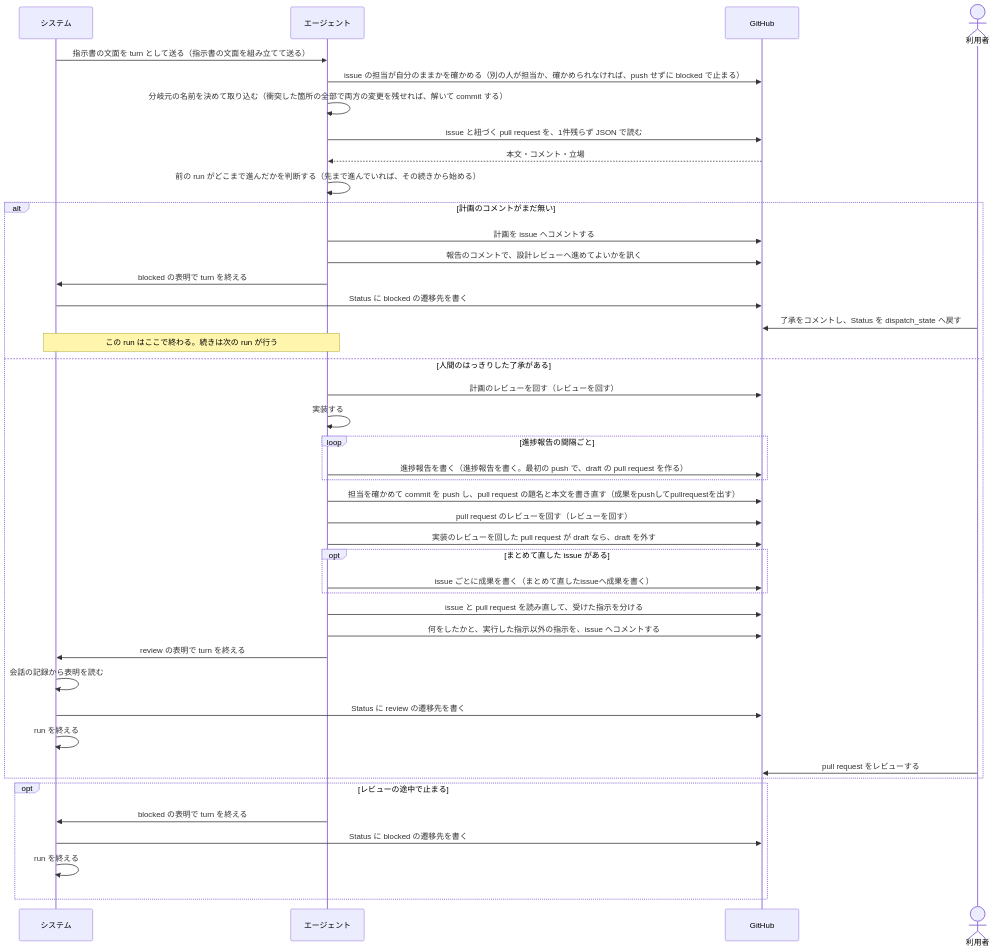
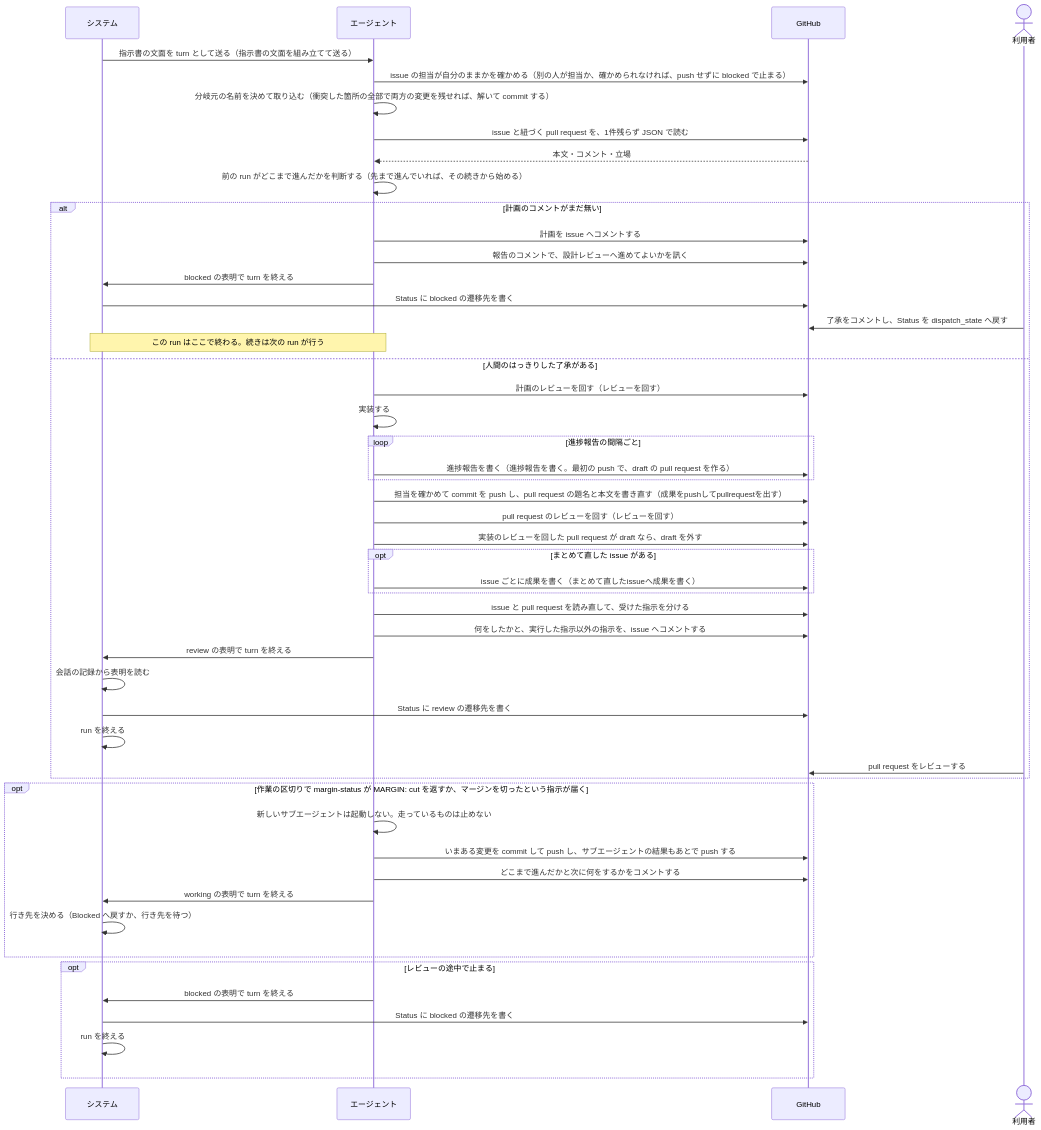
One commit to maimuzo/continuo changed the first of 2 diagrams in docs/spec/usecases/particular_case/指示書に沿ってissueを1件仕上げる.rucm.md. Above: the diagram before and after it, drawn with Mermaid. The commit also changed other lines of this file and 91 other files, not shown here.

````diff
--- a/docs/spec/usecases/particular_case/指示書に沿ってissueを1件仕上げる.rucm.md
+++ b/docs/spec/usecases/particular_case/指示書に沿ってissueを1件仕上げる.rucm.md
@@ -314,46 +327,53 @@
 ```mermaid
 sequenceDiagram
     participant S as システム
     participant CC as エージェント
     participant GH as GitHub
     actor U as 利用者
 
     S->>CC: 指示書の文面を turn として送る（指示書の文面を組み立てて送る）
     CC->>GH: issue の担当が自分のままかを確かめる（別の人が担当か、確かめられなければ、push せずに blocked で止まる）
     CC->>CC: 分岐元の名前を決めて取り込む（衝突した箇所の全部で両方の変更を残せれば、解いて commit する）
     CC->>GH: issue と紐づく pull request を、1件残らず JSON で読む
     GH-->>CC: 本文・コメント・立場
     CC->>CC: 前の run がどこまで進んだかを判断する（先まで進んでいれば、その続きから始める）
     alt 計画のコメントがまだ無い
         CC->>GH: 計画を issue へコメントする
         CC->>GH: 報告のコメントで、設計レビューへ進めてよいかを訊く
         CC->>S: blocked の表明で turn を終える
         S->>GH: Status に blocked の遷移先を書く
         U->>GH: 了承をコメントし、Status を dispatch_state へ戻す
         Note over S,CC: この run はここで終わる。続きは次の run が行う
     else 人間のはっきりした了承がある
         CC->>GH: 計画のレビューを回す（レビューを回す）
         CC->>CC: 実装する
         loop 進捗報告の間隔ごと
             CC->>GH: 進捗報告を書く（進捗報告を書く。最初の push で、draft の pull request を作る）
         end
         CC->>GH: 担当を確かめて commit を push し、pull request の題名と本文を書き直す（成果をpushしてpullrequestを出す）
         CC->>GH: pull request のレビューを回す（レビューを回す）
         CC->>GH: 実装のレビューを回した pull request が draft なら、draft を外す
         opt まとめて直した issue がある
             CC->>GH: issue ごとに成果を書く（まとめて直したissueへ成果を書く）
         end
         CC->>GH: issue と pull request を読み直して、受けた指示を分ける
         CC->>GH: 何をしたかと、実行した指示以外の指示を、issue へコメントする
         CC->>S: review の表明で turn を終える
         S->>S: 会話の記録から表明を読む
         S->>GH: Status に review の遷移先を書く
         S->>S: run を終える
         U->>GH: pull request をレビューする
     end
+    opt 作業の区切りで margin-status が MARGIN: cut を返すか、マージンを切ったという指示が届く
+        CC->>CC: 新しいサブエージェントは起動しない。走っているものは止めない
+        CC->>GH: いまある変更を commit して push し、サブエージェントの結果もあとで push する
+        CC->>GH: どこまで進んだかと次に何をするかをコメントする
+        CC->>S: working の表明で turn を終える
+        S->>S: 行き先を決める（Blocked へ戻すか、行き先を待つ）
+    end
     opt レビューの途中で止まる
         CC->>S: blocked の表明で turn を終える
         S->>GH: Status に blocked の遷移先を書く
         S->>S: run を終える
     end
 ```
````
